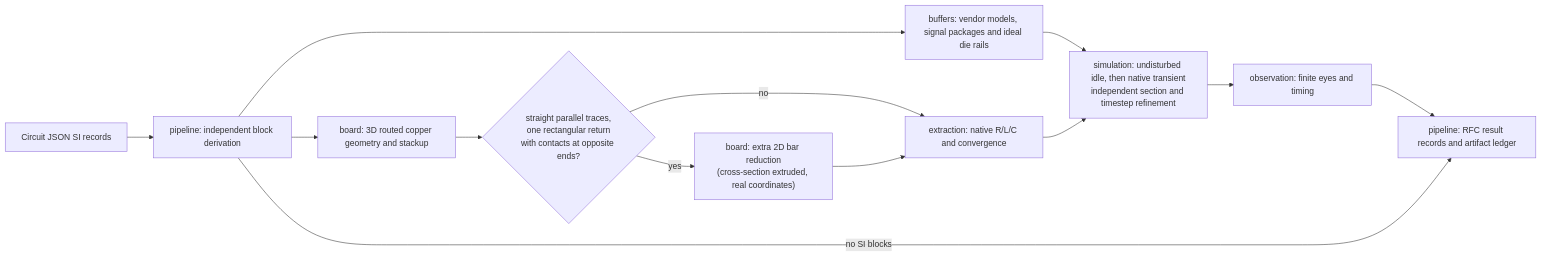
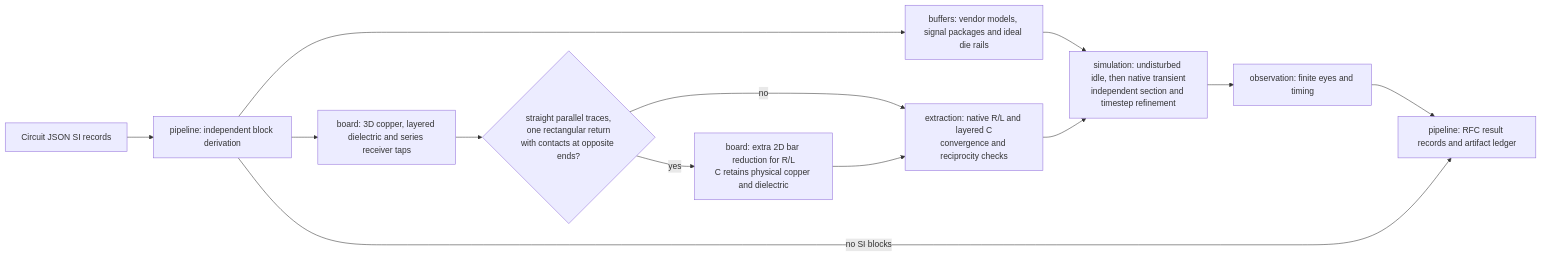
One commit to tscircuit/pcb-spice-pipeline changed the first of 2 diagrams in docs/ARCHITECTURE.md. Above: the diagram before and after it, drawn with Mermaid. The commit also changed other lines of this file and 11 other files, not shown here.

First line of the commit message:
fix: model finite stackup dielectric interfaces and air in native capacitance decks

````diff
--- a/docs/ARCHITECTURE.md
+++ b/docs/ARCHITECTURE.md
@@ -9,15 +9,15 @@
 ```mermaid
 flowchart LR
   source["Circuit JSON SI records"] --> derive["pipeline: independent block derivation"]
-  derive --> board3d["board: 3D routed copper geometry and stackup"]
+  derive --> board3d["board: 3D copper, layered dielectric and series receiver taps"]
   board3d --> check{"straight parallel traces,<br/>one rectangular return<br/>with contacts at opposite ends?"}
-  check -->|"yes"| bars["board: extra 2D bar reduction<br/>(cross-section extruded, real coordinates)"]
+  check -->|"yes"| bars["board: extra 2D bar reduction for R/L<br/>C retains physical copper and dielectric"]
   check -->|"no"| extract
-  bars --> extract["extraction: native R/L/C and convergence"]
+  bars --> extract["extraction: native R/L and layered C<br/>convergence and reciprocity checks"]
   derive --> buffers["buffers: vendor models, signal packages and ideal die rails"]
   buffers --> simulate["simulation: undisturbed idle, then native transient<br/>independent section and timestep refinement"]
   extract --> simulate
   simulate --> observe["observation: finite eyes and timing"]
   observe --> results["pipeline: RFC result records and artifact ledger"]
   derive -->|"no SI blocks"| results
 ```
````
